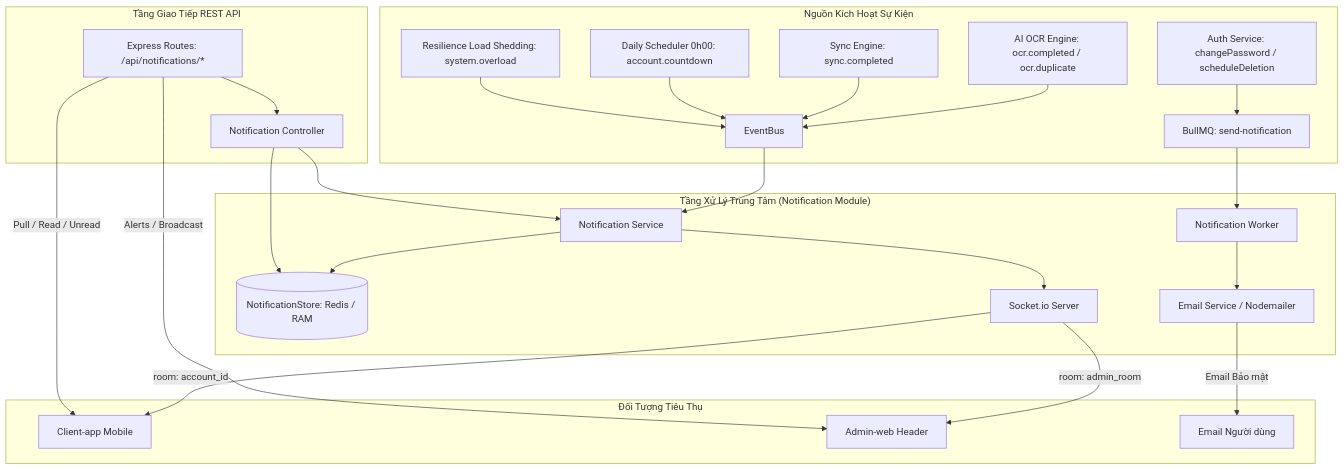
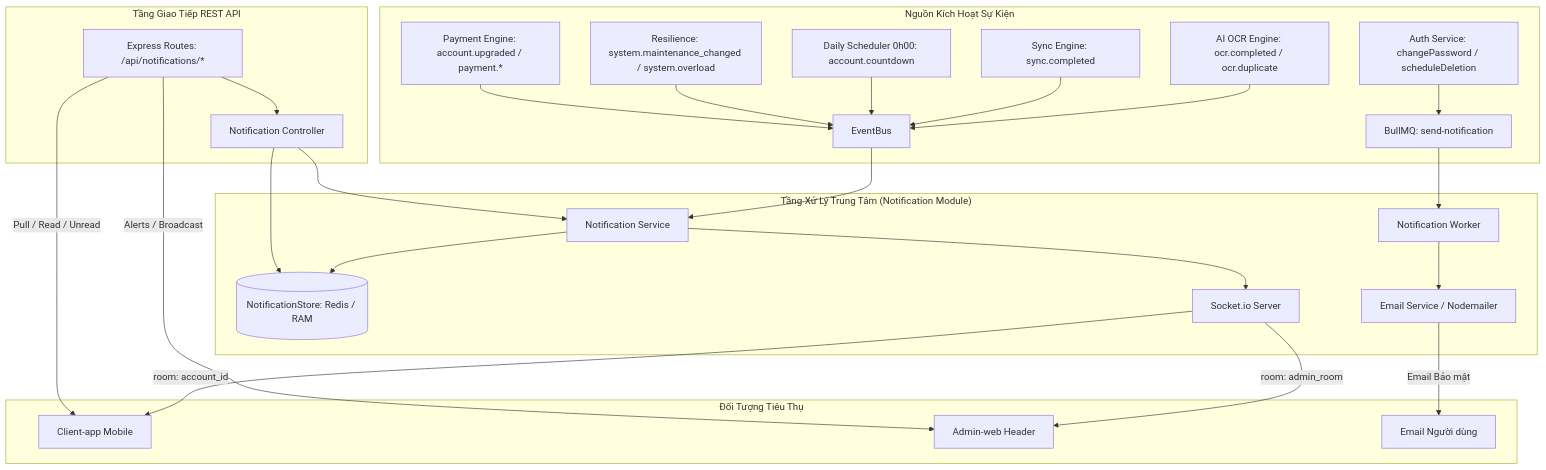
One commit to NguyenPhuBao/ManagementFinance changed the diagram in docs/Notification/Notification_Backend.md. Above: the diagram before and after it, drawn with Mermaid. The commit also changed other lines of this file and 36 other files, not shown here.

````diff
--- a/docs/Notification/Notification_Backend.md
+++ b/docs/Notification/Notification_Backend.md
@@ -26,32 +26,33 @@
 ```mermaid
 graph TD
     subgraph "Nguồn Kích Hoạt Sự Kiện"
         E1[AI OCR Engine: ocr.completed / ocr.duplicate] --> EB[EventBus]
         E2[Sync Engine: sync.completed] --> EB
         E3[Daily Scheduler 0h00: account.countdown] --> EB
-        E4[Resilience Load Shedding: system.overload] --> EB
-        E5[Auth Service: changePassword / scheduleDeletion] --> Q[BullMQ: send-notification]
+        E4[Resilience: system.maintenance_changed / system.overload] --> EB
+        E5[Payment Engine: account.upgraded / payment.*] --> EB
+        E6[Auth Service: changePassword / scheduleDeletion] --> Q[BullMQ: send-notification]
     end
 
     subgraph "Tầng Xử Lý Trung Tâm (Notification Module)"
         EB --> NS[Notification Service]
         NS --> Store[(NotificationStore: Redis / RAM)]
         NS --> Sock[Socket.io Server]
         Q --> NW[Notification Worker]
         NW --> Mail[Email Service / Nodemailer]
     end
 
     subgraph "Tầng Giao Tiếp REST API"
         API[Express Routes: /api/notifications/*] --> NC[Notification Controller]
         NC --> NS
         NC --> Store
     end
 
     subgraph "Đối Tượng Tiêu Thụ"
         Sock -->|room: account_id| Client[Client-app Mobile]
         Sock -->|room: admin_room| Admin[Admin-web Header]
         API -->|Pull / Read / Unread| Client
         API -->|Alerts / Broadcast| Admin
         Mail -->|Email Bảo mật| UserMail[Email Người dùng]
     end
 ```
````
